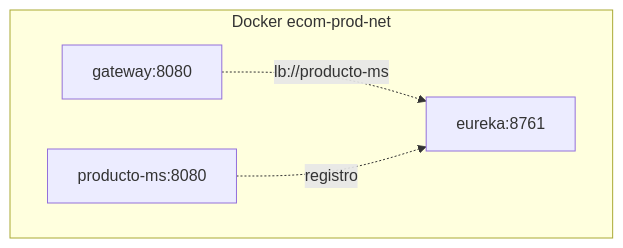
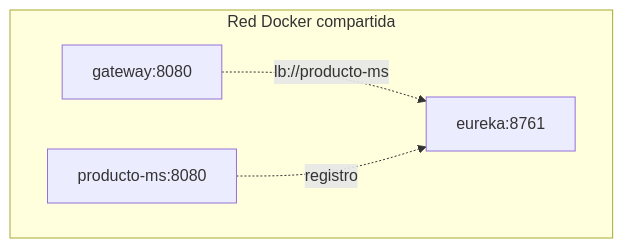
The second of 2 diagrams in docs/sesiones/s03-eureka-descubrimiento.md (erickmijael17/SmartCampus-Marketplace), drawn with Mermaid before and after one commit. The commit also changed other lines of this file and 11 other files, not shown here.

````diff
--- a/docs/sesiones/s03-eureka-descubrimiento.md
+++ b/docs/sesiones/s03-eureka-descubrimiento.md
@@ -59,10 +59,10 @@
 ```mermaid
 flowchart TB
-    subgraph Net["Docker ecom-prod-net"]
+    subgraph Net["Red Docker compartida"]
         EU["eureka:8761"]
         GW["gateway:8080"]
         PROD["producto-ms:8080"]
     end
     GW -. lb://producto-ms .-> EU
     PROD -. registro .-> EU
 ```
````
